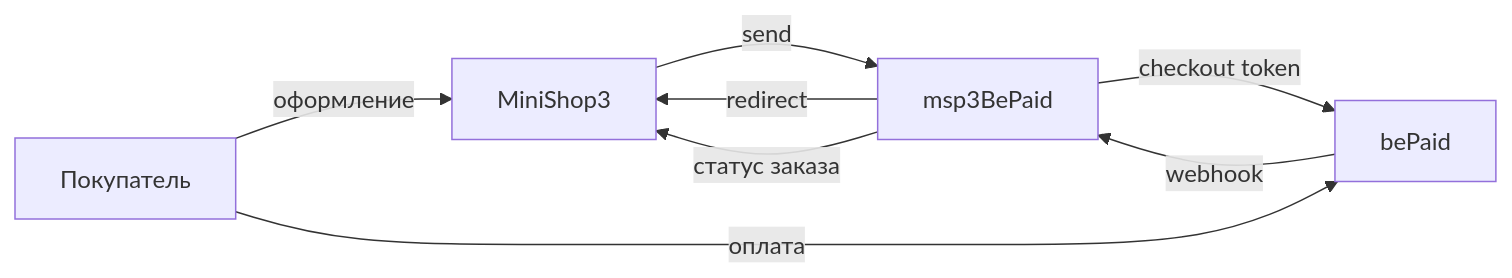
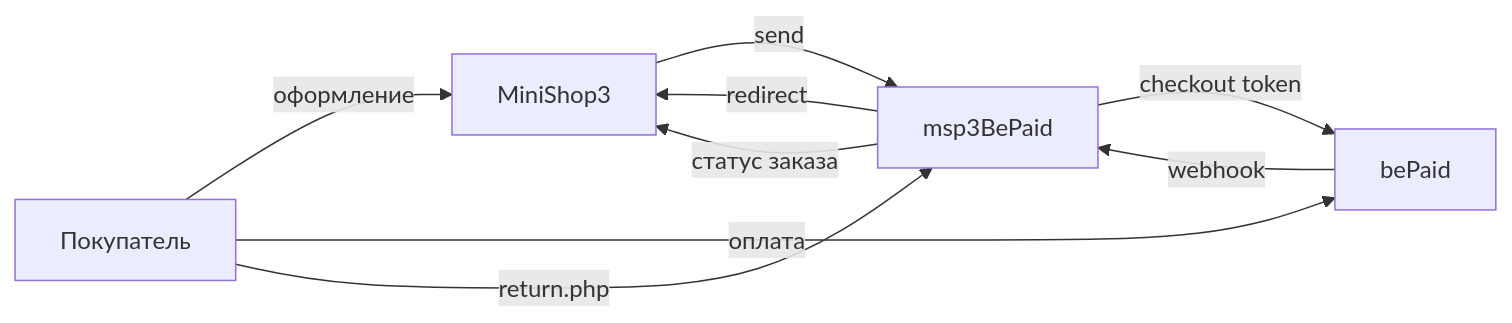
The diagram in docs/components/msp3bepaid/integration.md (modx-pro/Docs), drawn with Mermaid before and after one commit. The commit also changed other lines of this file and 40 other files, not shown here.

````diff
--- a/docs/components/msp3bepaid/integration.md
+++ b/docs/components/msp3bepaid/integration.md
@@ -16,14 +22,15 @@
 ```mermaid
 flowchart LR
   Buyer[Покупатель]
   MS3[MiniShop3]
   Pkg[msp3BePaid]
   Bank[bePaid]
   Buyer -->|оформление| MS3
   MS3 -->|send| Pkg
   Pkg -->|checkout token| Bank
   Pkg -->|redirect| MS3
   Buyer -->|оплата| Bank
   Bank -->|webhook| Pkg
   Pkg -->|статус заказа| MS3
+  Buyer -->|return.php| Pkg
 ```
````
